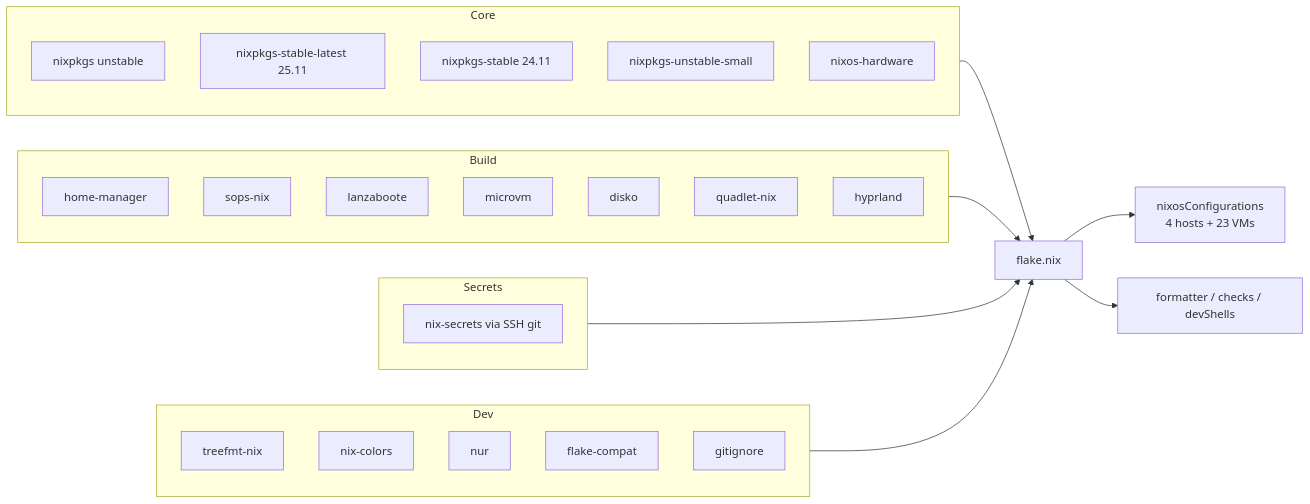
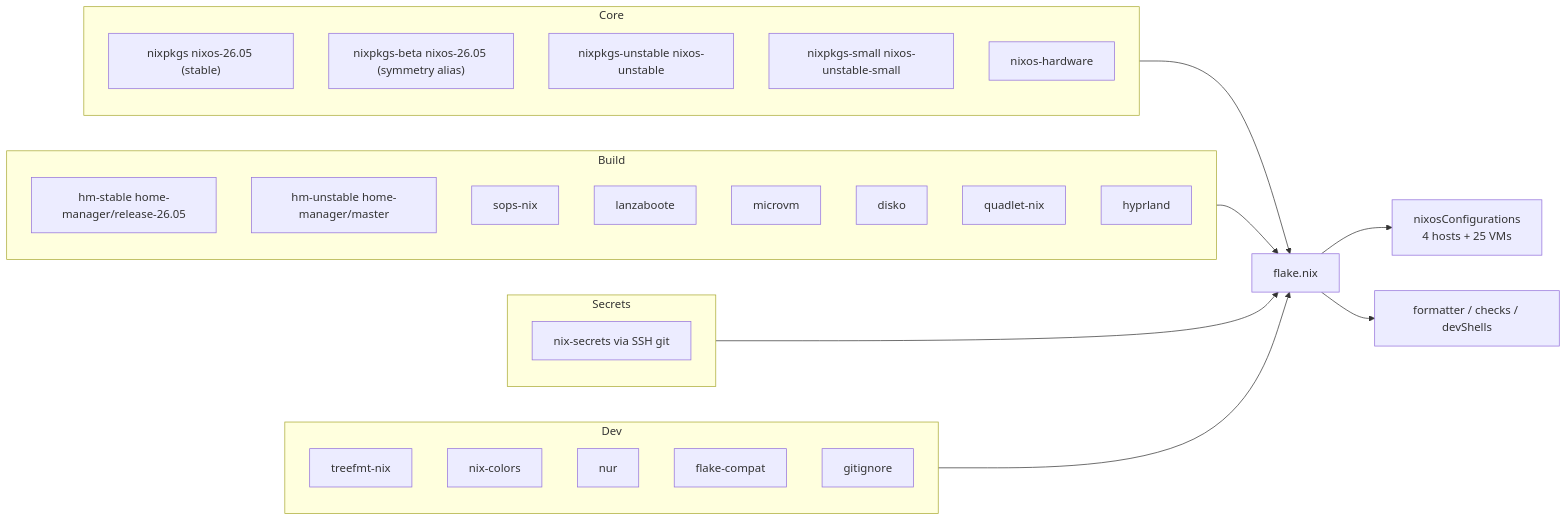
The second of 10 diagrams in docs/Project_Architecture_Blueprint.md (telometto/nix-config), drawn with Mermaid before and after one commit. The commit also changed other lines of this file and 6 other files, not shown here.

````diff
--- a/docs/Project_Architecture_Blueprint.md
+++ b/docs/Project_Architecture_Blueprint.md
@@ -68,35 +68,36 @@
 ```mermaid
 flowchart LR
     subgraph Core
-        NP[nixpkgs unstable]
-        NPS[nixpkgs-stable-latest 25.11]
-        NPS2[nixpkgs-stable 24.11]
-        NPU[nixpkgs-unstable-small]
+        NP["nixpkgs nixos-26.05 (stable)"]
+        NPB["nixpkgs-beta nixos-26.05 (symmetry alias)"]
+        NPU[nixpkgs-unstable nixos-unstable]
+        NPS[nixpkgs-small nixos-unstable-small]
         NHW[nixos-hardware]
     end
     subgraph Build
-        HM[home-manager]
+        HM[hm-stable home-manager/release-26.05]
+        HMU[hm-unstable home-manager/master]
         SOPS[sops-nix]
         LB[lanzaboote]
         MVM[microvm]
         DISKO[disko]
         QN[quadlet-nix]
         HYP[hyprland]
     end
     subgraph Secrets
         NS[nix-secrets via SSH git]
     end
     subgraph Dev
         TFMT[treefmt-nix]
         NC[nix-colors]
         NUR[nur]
         FC[flake-compat]
         GI[gitignore]
     end
     Core --> F[flake.nix]
     Build --> F
     Secrets --> F
     Dev --> F
-    F --> OUT1[nixosConfigurations\n4 hosts + 23 VMs]
+    F --> OUT1[nixosConfigurations\n4 hosts + 25 VMs]
     F --> OUT2[formatter / checks / devShells]
 ```
````
